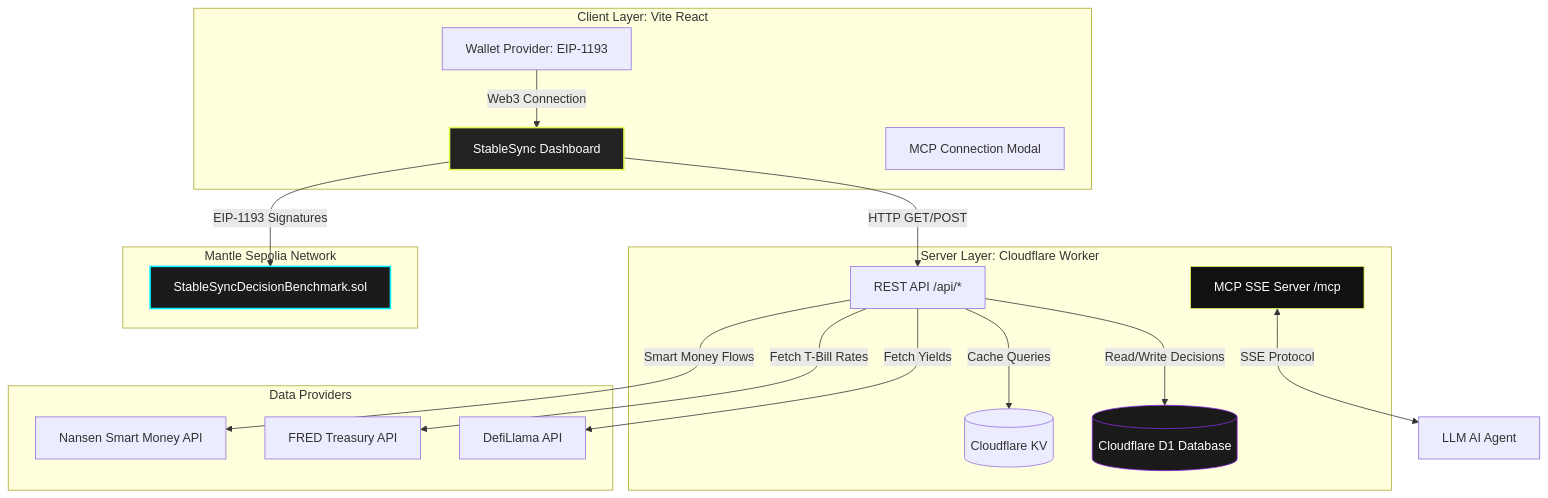
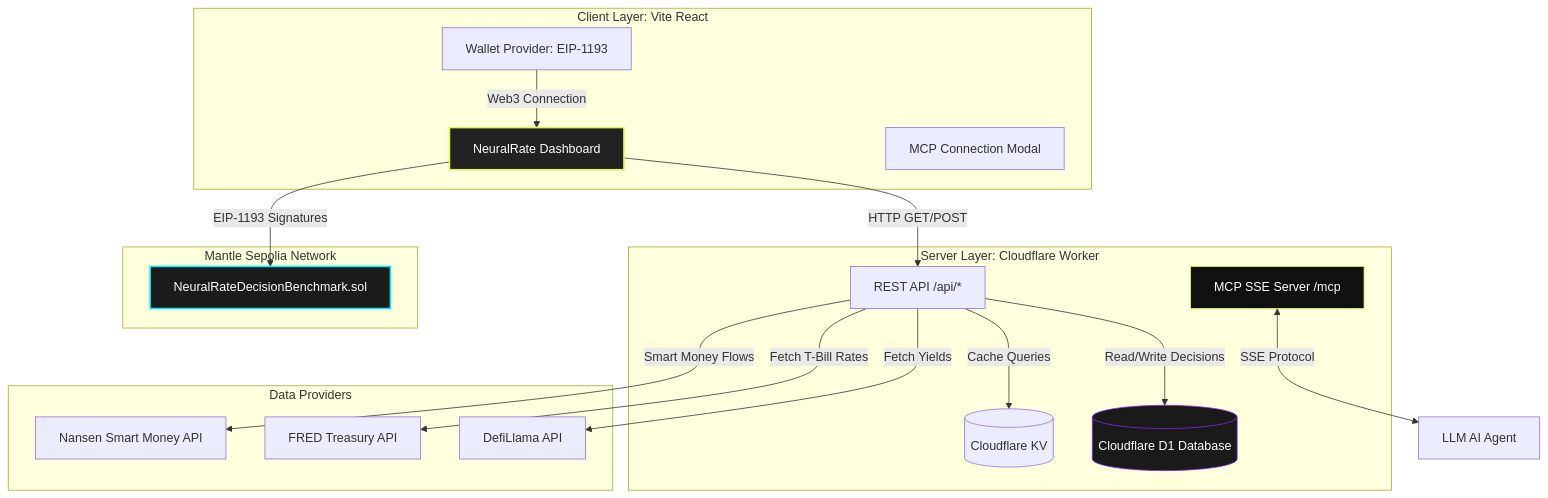
One commit to Lipe-lx/NeuralRate-MCP changed the diagram in docs/architecture.md. Above: the diagram before and after it, drawn with Mermaid. The commit also changed other lines of this file and 30 other files, not shown here.

Commit message:
feat: rename StableSync to NeuralRate

````diff
--- a/docs/architecture.md
+++ b/docs/architecture.md
@@ -15,43 +15,43 @@
 ```mermaid
 graph TB
     subgraph Frontend [Client Layer: Vite React]
-        UI[StableSync Dashboard]
+        UI[NeuralRate Dashboard]
         WC[Wallet Provider: EIP-1193]
         MC[MCP Connection Modal]
     end
 
     subgraph Backend [Server Layer: Cloudflare Worker]
         API[REST API /api/*]
         MCP[MCP SSE Server /mcp]
         KV[(Cloudflare KV)]
         D1[(Cloudflare D1 Database)]
     end
 
     subgraph External [Data Providers]
         DL[DefiLlama API]
         FR[FRED Treasury API]
         NS[Nansen Smart Money API]
     end
 
     subgraph Blockchain [Mantle Sepolia Network]
-        SC[StableSyncDecisionBenchmark.sol]
+        SC[NeuralRateDecisionBenchmark.sol]
     end
 
     %% Interactions
     UI -->|HTTP GET/POST| API
     UI -->|EIP-1193 Signatures| SC
     WC -->|Web3 Connection| UI
     MCP <-->|SSE Protocol| Agent[LLM AI Agent]
     
     API -->|Read/Write Decisions| D1
     API -->|Cache Queries| KV
     
     API -->|Fetch Yields| DL
     API -->|Fetch T-Bill Rates| FR
     API -->|Smart Money Flows| NS
 
     style UI fill:#222,stroke:#DFF651,stroke-width:2px,color:#fff
     style MCP fill:#111,stroke:#DFF651,stroke-width:1px,color:#fff
     style SC fill:#1b1b1b,stroke:#00F0FF,stroke-width:2px,color:#fff
     style D1 fill:#1a1a1a,stroke:#8A2BE2,stroke-width:1px,color:#fff
 ```
````
